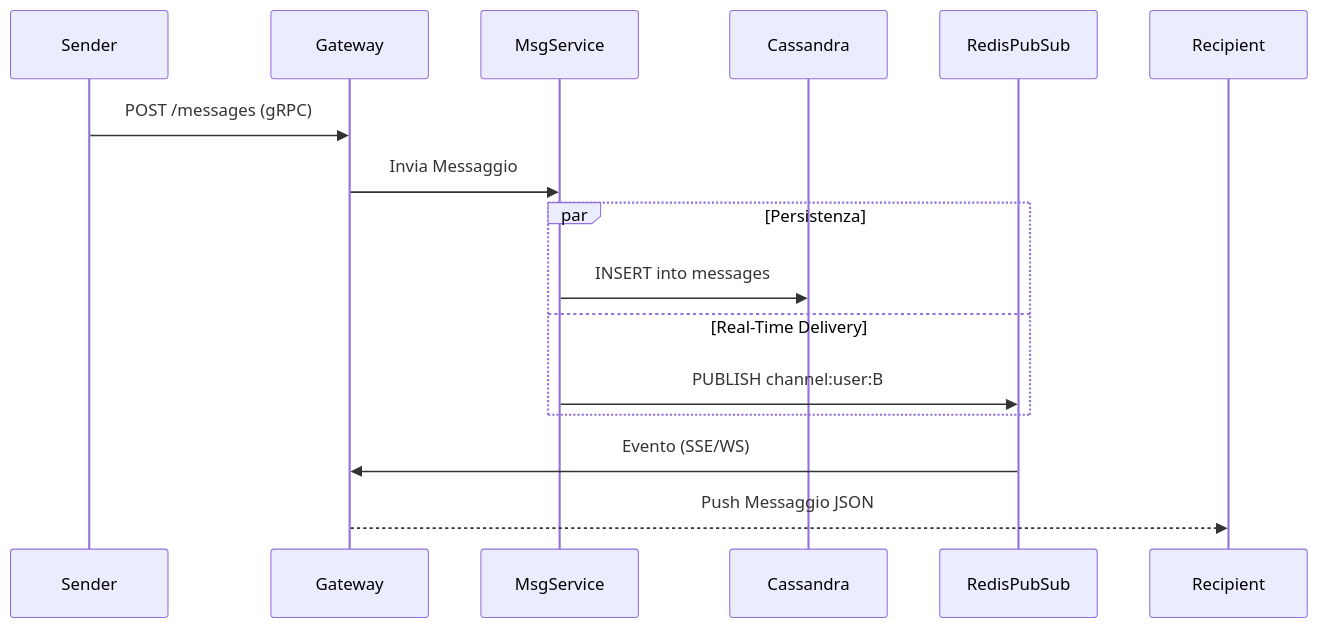
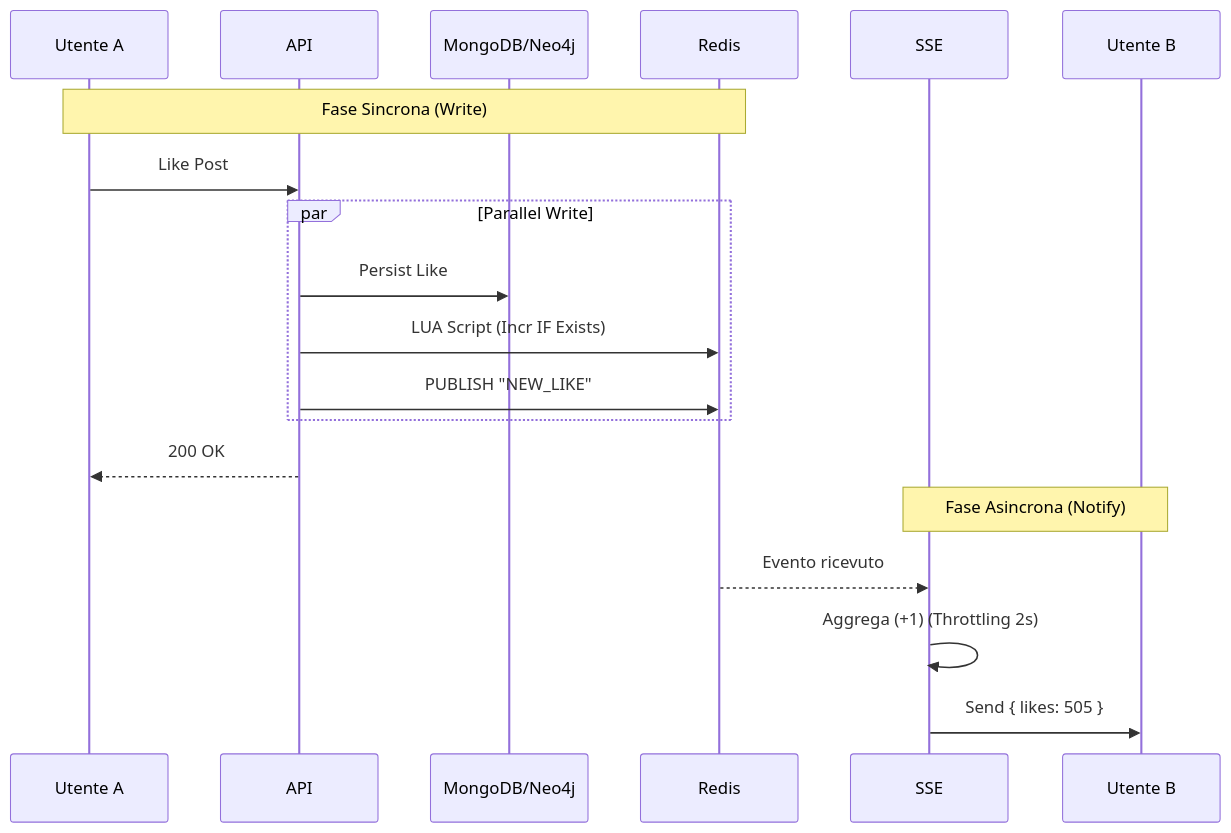
The fourth of 4 diagrams in frontend/docs/src/project/data-flow.md (daubog44/progetto), drawn with Mermaid before and after one commit. The commit also changed other lines of this file and 7 other files, not shown here.

````diff
--- a/frontend/docs/src/project/data-flow.md
+++ b/frontend/docs/src/project/data-flow.md
@@ -83,21 +139,23 @@
 ```mermaid
 sequenceDiagram
-    participant Sender
-    participant Gateway
-    participant MsgService
-    participant Cassandra
-    participant RedisPubSub
-    participant Recipient
+    participant User as Utente A
+    participant API
+    participant DB as MongoDB/Neo4j
+    participant Redis
+    participant SSE
+    participant Viewer as Utente B
 
-    Sender->>Gateway: POST /messages (gRPC)
-    Gateway->>MsgService: Invia Messaggio
+    Note over User, Redis: Fase Sincrona (Write)
+    User->>API: Like Post
+    par Parallel Write
+        API->>DB: Persist Like
+        API->>Redis: LUA Script (Incr IF Exists)
+        API->>Redis: PUBLISH "NEW_LIKE"
+    end
+    API-->>User: 200 OK
 
-    par Persistenza
-        MsgService->>Cassandra: INSERT into messages
-    and Real-Time Delivery
-        MsgService->>RedisPubSub: PUBLISH channel:user:B
-    end
-
-    RedisPubSub->>Gateway: Evento (SSE/WS)
-    Gateway-->>Recipient: Push Messaggio JSON
+    Note over SSE, Viewer: Fase Asincrona (Notify)
+    Redis-->>SSE: Evento ricevuto
+    SSE->>SSE: Aggrega (+1) (Throttling 2s)
+    SSE->>Viewer: Send { likes: 505 }
 ```
````
